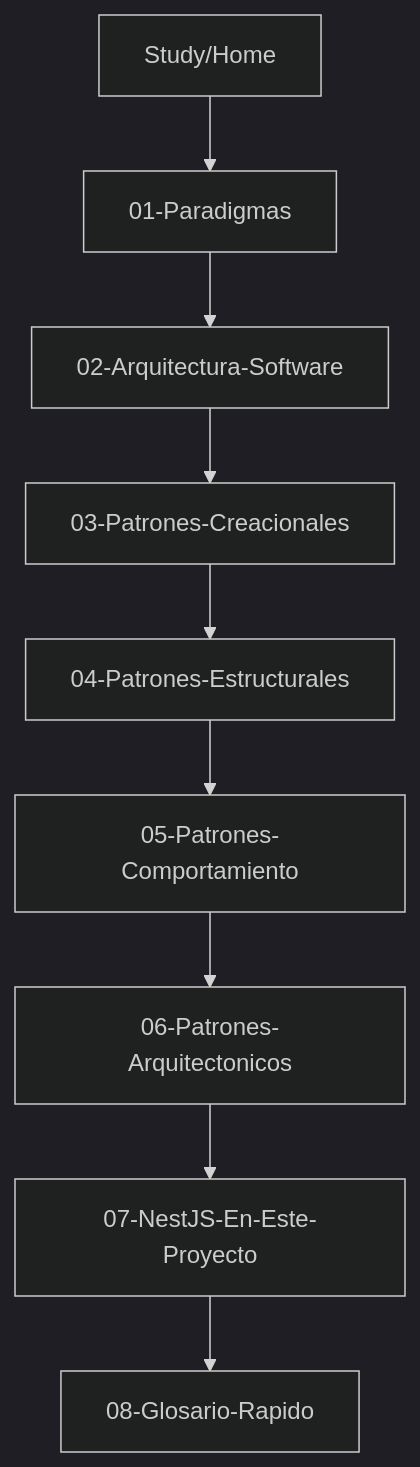
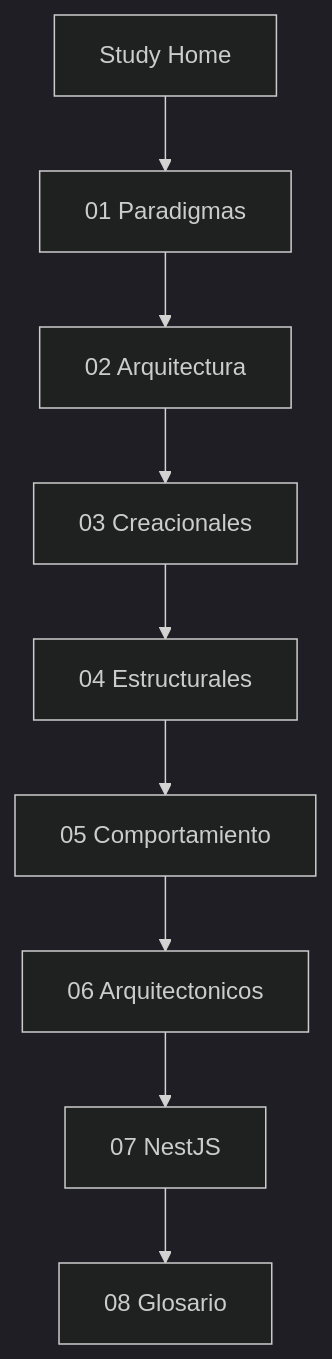
The diagram in docs/wiki/Study/Home.md (JeansCordoba/Colombian_fruits), drawn with Mermaid (dark theme) before and after one commit. The commit also changed other lines of this file and 22 other files, not shown here.

Commit message:
docs: fix wiki links, slim README, and align diagrams with standards

````diff
--- a/docs/wiki/Study/Home.md
+++ b/docs/wiki/Study/Home.md
@@ -7,16 +7,16 @@
 ```mermaid
 flowchart TD
-  StudyHome[Study/Home]
-  Paradigmas[01-Paradigmas]
-  Arquitectura[02-Arquitectura-Software]
-  Creacionales[03-Patrones-Creacionales]
-  Estructurales[04-Patrones-Estructurales]
-  Comportamiento[05-Patrones-Comportamiento]
-  Arquitectonicos[06-Patrones-Arquitectonicos]
-  NestJS[07-NestJS-En-Este-Proyecto]
-  Glosario[08-Glosario-Rapido]
+  StudyHome[Study Home]
+  Paradigmas[01 Paradigmas]
+  Arquitectura[02 Arquitectura]
+  Creacionales[03 Creacionales]
+  Estructurales[04 Estructurales]
+  Comportamiento[05 Comportamiento]
+  Arquitectonicos[06 Arquitectonicos]
+  NestJS[07 NestJS]
+  Glosario[08 Glosario]
   StudyHome --> Paradigmas --> Arquitectura
   Arquitectura --> Creacionales --> Estructurales
   Estructurales --> Comportamiento --> Arquitectonicos
   Arquitectonicos --> NestJS --> Glosario
 ```
````
